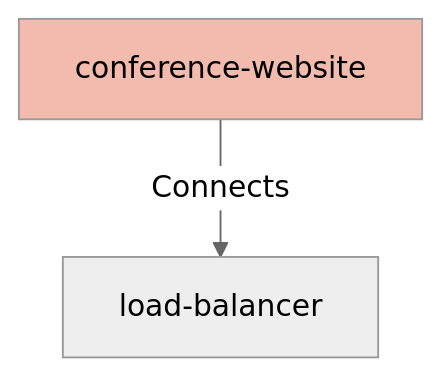
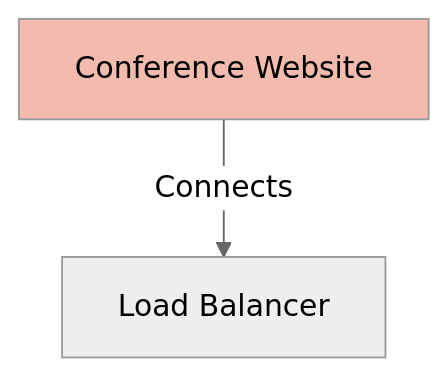
One commit to finos/architecture-as-code changed the diagram in cli/test_fixtures/getting-started/STEP-2/website/docs/nodes/conference-website.md. Above: the diagram before and after it, drawn with Mermaid (neutral theme). The commit also changed 61 other files, not shown here.

First line of the commit message:
fix(calm-widgets): resolve node names instead of raw ids in related-nodes diagrams (#2883)

````diff
--- a/cli/test_fixtures/getting-started/STEP-2/website/docs/nodes/conference-website.md
+++ b/cli/test_fixtures/getting-started/STEP-2/website/docs/nodes/conference-website.md
@@ -92,6 +92,6 @@
 ```mermaid
 graph TD;
-conference-website[conference-website]:::highlight;
-conference-website -- Connects --> load-balancer;
+conference-website[Conference Website]:::highlight;
+conference-website[Conference Website] -- Connects --> load-balancer[Load Balancer];
 classDef highlight fill:#f2bbae;
 ```
````
